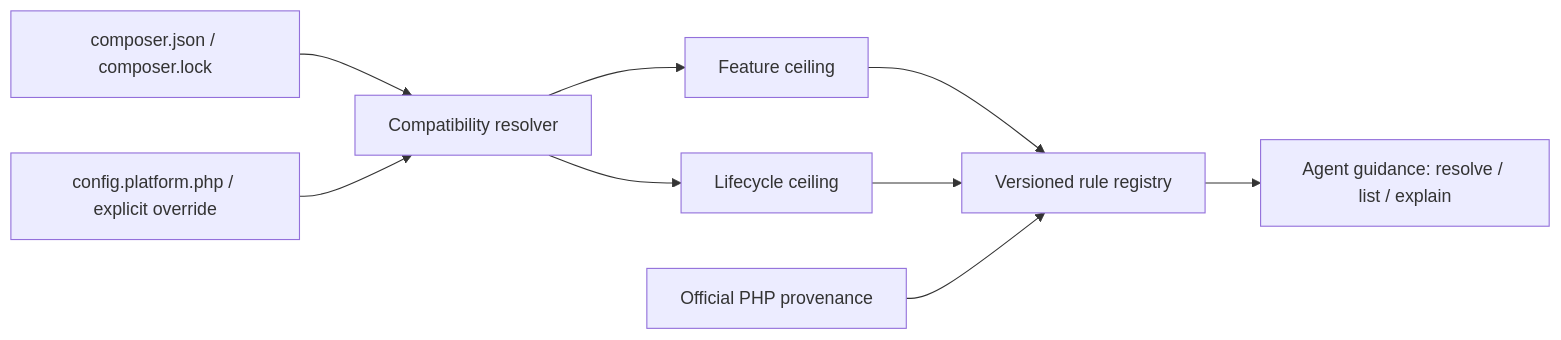
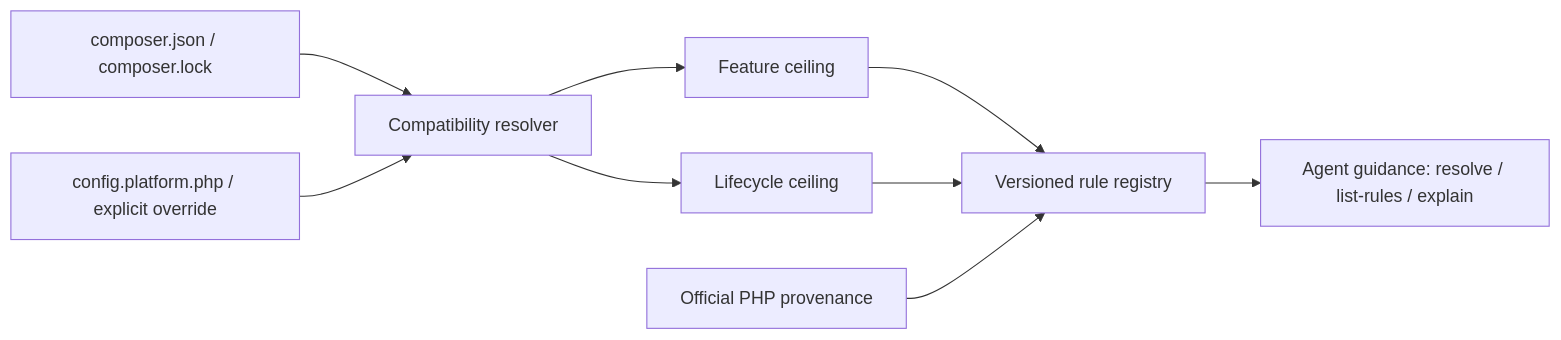
Before and after one commit to trionnemesis/php-modern-guidelines: the diagram in README.md, drawn with Mermaid. The commit also changed other lines of this file and 6 other files, not shown here.

````diff
--- a/README.md
+++ b/README.md
@@ -53,11 +53,11 @@
 ```mermaid
 flowchart LR
     C[composer.json / composer.lock] --> R[Compatibility resolver]
     P[config.platform.php / explicit override] --> R
     R --> F[Feature ceiling]
     R --> L[Lifecycle ceiling]
     F --> Q[Versioned rule registry]
     L --> Q
-    Q --> A[Agent guidance: resolve / list / explain]
+    Q --> A[Agent guidance: resolve / list-rules / explain]
     S[Official PHP provenance] --> Q
 ```
````
